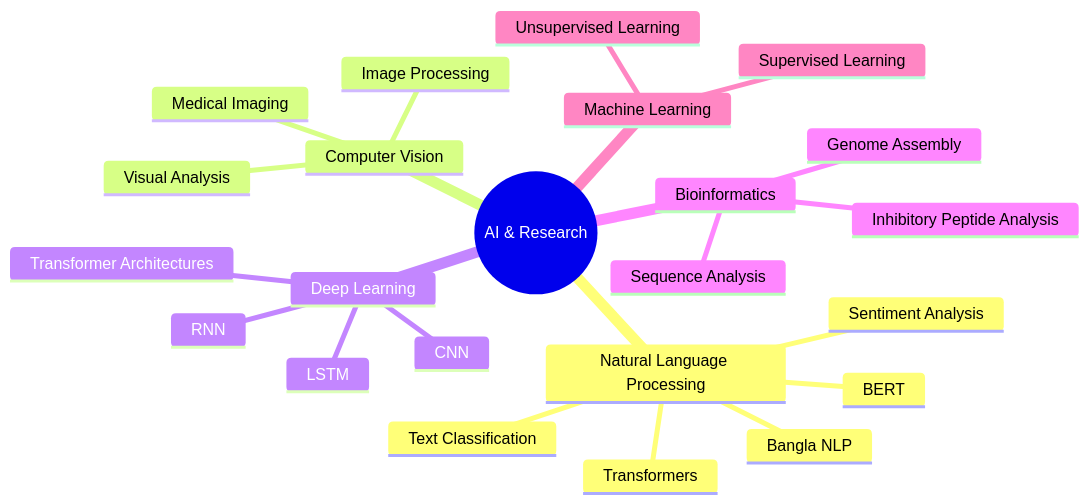
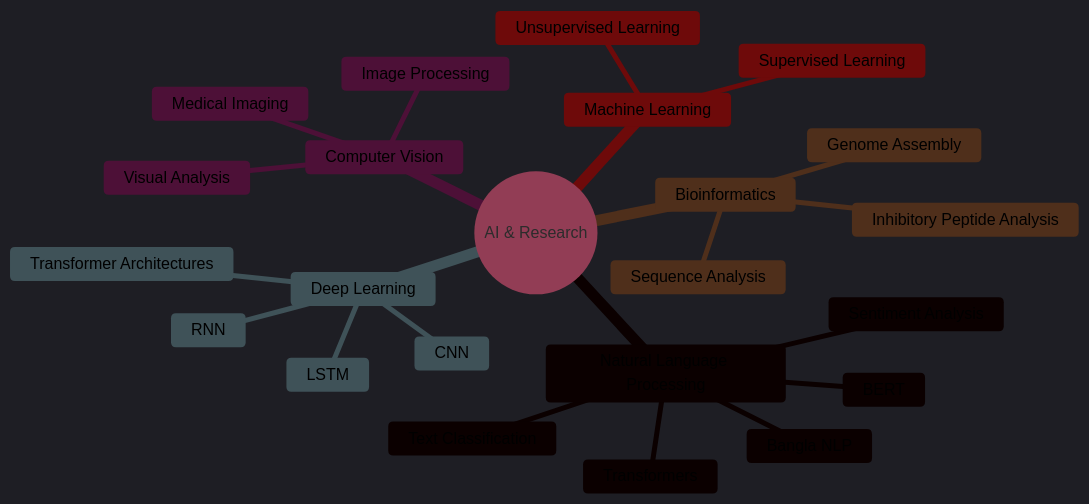
The diagram in README.md (saimim/saimim), drawn with Mermaid before and after one commit.

Commit message:
Change color
Added a mermaid diagram for AI & Research mindmap.

````diff
--- a/README.md
+++ b/README.md
@@ -519,26 +519,44 @@
 ```mermaid
+%%{init: {
+  'theme': 'dark',
+  'themeVariables': {
+    'darkMode': true,
+    'background': '#171717',
+    'primaryColor': '#8B2635',
+    'primaryTextColor': '#FFFFFF',
+    'primaryBorderColor': '#B83A4B',
+    'secondaryColor': '#4A1F2B',
+    'tertiaryColor': '#1F1F1F',
+    'lineColor': '#B83A4B',
+    'mainBkg': '#8B2635',
+    'nodeBorder': '#B83A4B',
+    'clusterBkg': '#171717',
+    'edgeLabelBackground': '#171717',
+    'fontFamily': 'Fira Code, monospace'
+  }
+}}%%
 mindmap
   root((AI & Research))
     Natural Language Processing
       Bangla NLP
       Sentiment Analysis
       Text Classification
       BERT
       Transformers
     Computer Vision
       Image Processing
       Medical Imaging
       Visual Analysis
     Deep Learning
       CNN
       RNN
       LSTM
       Transformer Architectures
     Bioinformatics
       Sequence Analysis
       Genome Assembly
       Inhibitory Peptide Analysis
     Machine Learning
       Supervised Learning
       Unsupervised Learning
 ```
````
